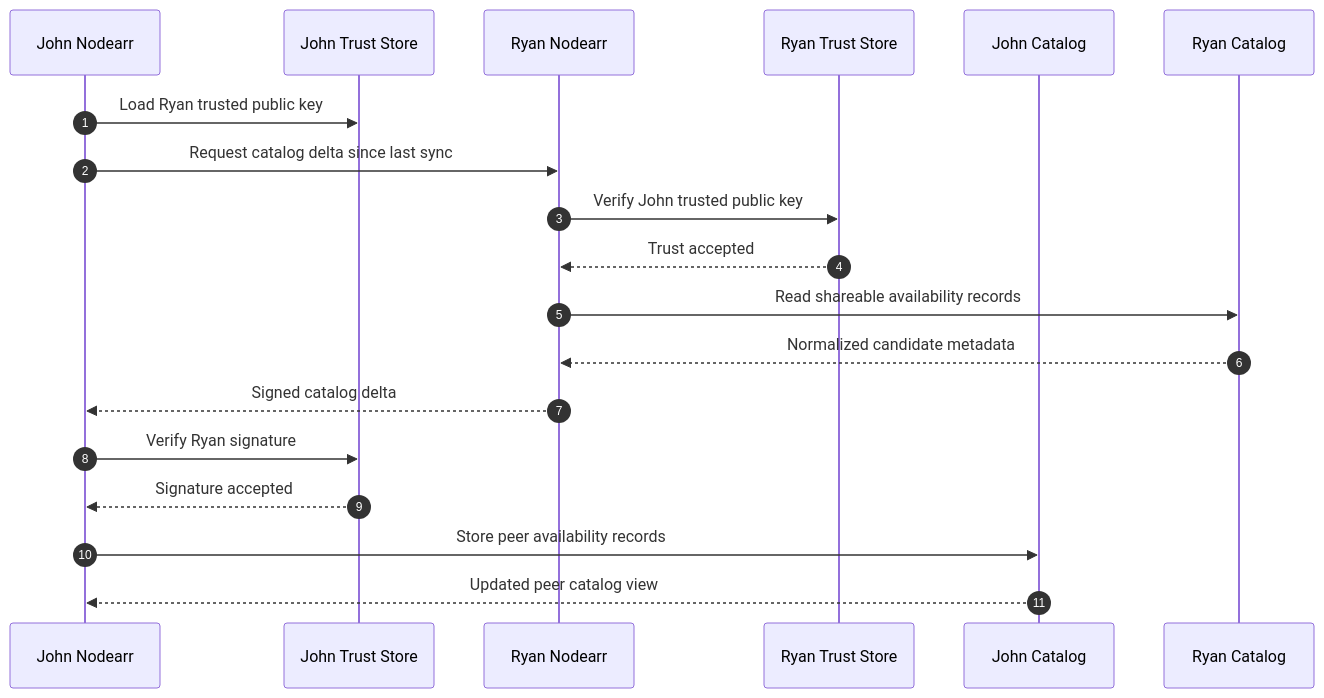
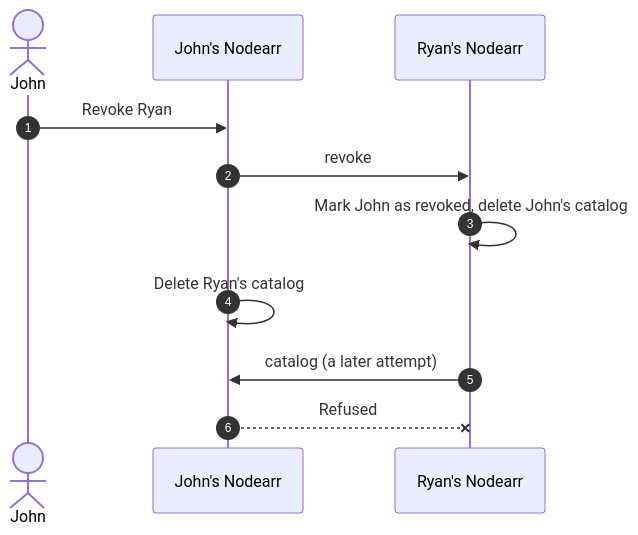
One commit to Nodearr/Nodearr changed the third of 3 diagrams in docs/diagrams/catalog-exchange-trusted-nodes.md. Above: the diagram before and after it, drawn with Mermaid. The commit also changed other lines of this file and 4 other files, not shown here.

````diff
--- a/docs/diagrams/catalog-exchange-trusted-nodes.md
+++ b/docs/diagrams/catalog-exchange-trusted-nodes.md
@@ -5,22 +53,14 @@
 ```mermaid
 sequenceDiagram
     autonumber
-    participant NodeA as John Nodearr
-    participant TrustA as John Trust Store
-    participant NodeB as Ryan Nodearr
-    participant TrustB as Ryan Trust Store
-    participant CatalogA as John Catalog
-    participant CatalogB as Ryan Catalog
+    actor Owner as John
+    participant NodeA as John's Nodearr
+    participant NodeB as Ryan's Nodearr
 
-    NodeA->>TrustA: Load Ryan trusted public key
-    NodeA->>NodeB: Request catalog delta since last sync
-    NodeB->>TrustB: Verify John trusted public key
-    TrustB-->>NodeB: Trust accepted
-    NodeB->>CatalogB: Read shareable availability records
-    CatalogB-->>NodeB: Normalized candidate metadata
-    NodeB-->>NodeA: Signed catalog delta
-    NodeA->>TrustA: Verify Ryan signature
-    TrustA-->>NodeA: Signature accepted
-    NodeA->>CatalogA: Store peer availability records
-    CatalogA-->>NodeA: Updated peer catalog view
+    Owner->>NodeA: Revoke Ryan
+    NodeA->>NodeB: revoke
+    NodeB->>NodeB: Mark John as revoked, delete John's catalog
+    NodeA->>NodeA: Delete Ryan's catalog
+    NodeB->>NodeA: catalog (a later attempt)
+    NodeA--xNodeB: Refused
 ```
````
